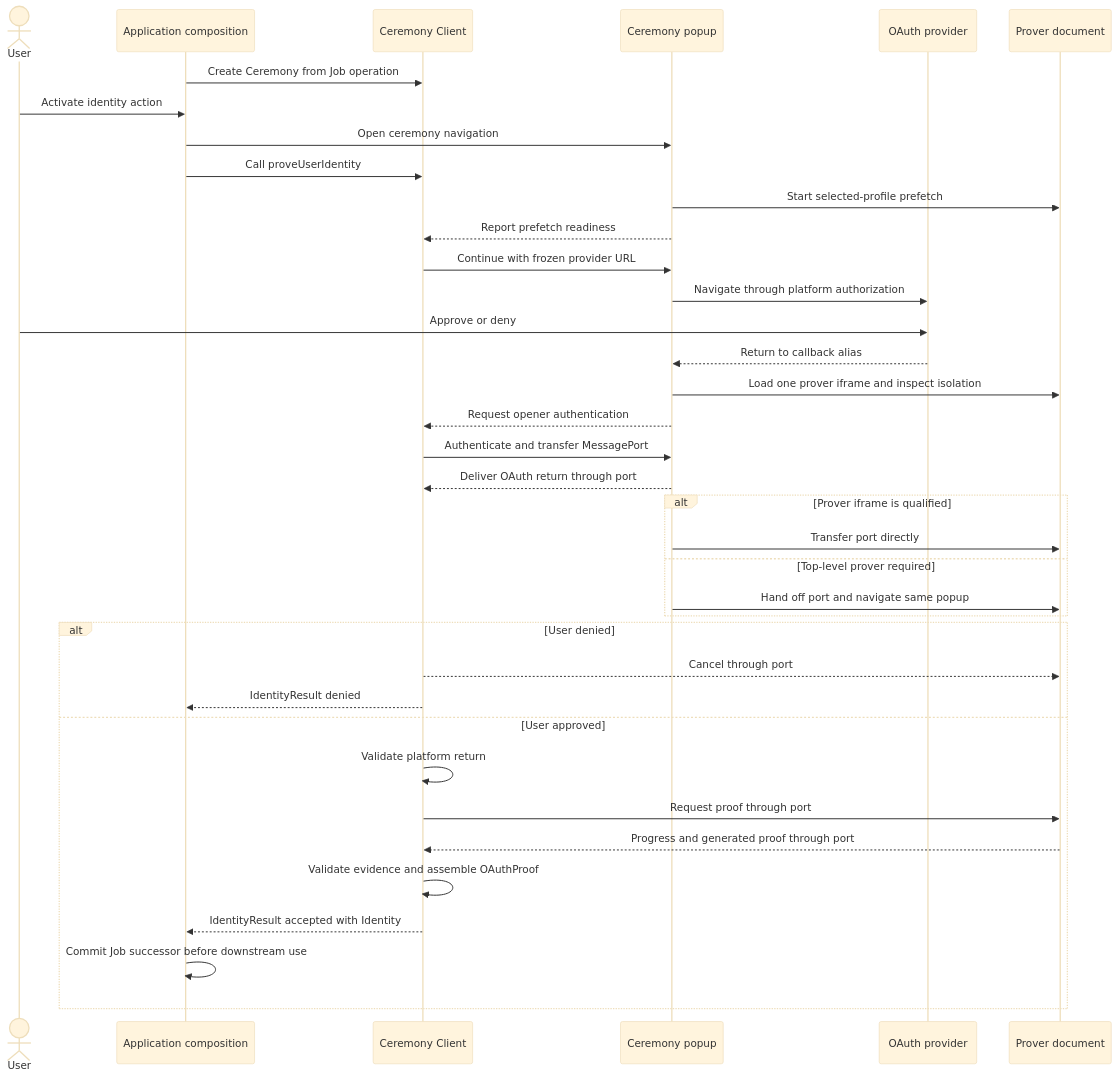
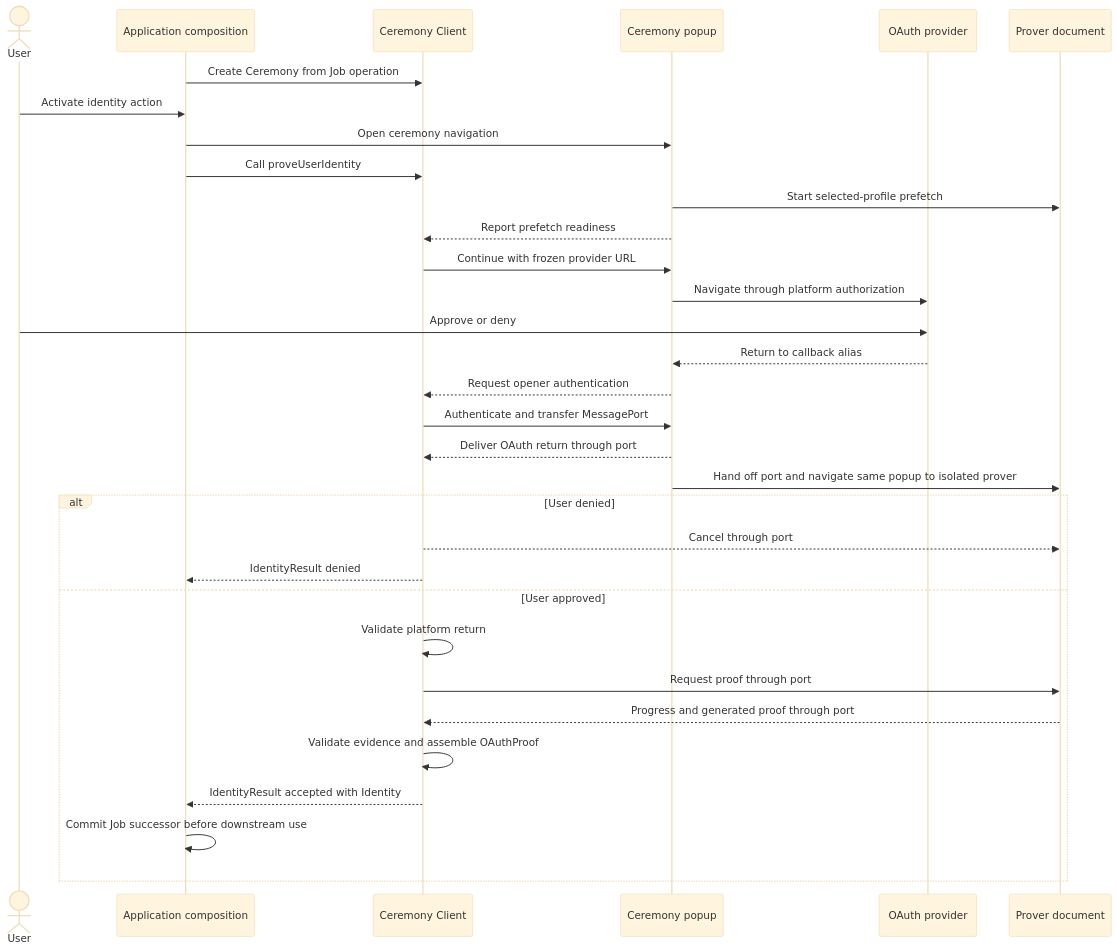
The diagram in ts/packages/ceremony/ARCHITECTURE.md (libid-org/libid), drawn with Mermaid (base theme) before and after one commit. The commit also changed other lines of this file and 5 other files, not shown here.

````diff
--- a/ts/packages/ceremony/ARCHITECTURE.md
+++ b/ts/packages/ceremony/ARCHITECTURE.md
@@ -38,40 +38,35 @@
 ```mermaid
 sequenceDiagram
     actor U as User
     participant A as Application composition
     participant C as Ceremony Client
     participant P as Ceremony popup
     participant O as OAuth provider
     participant R as Prover document
 
     A->>C: Create Ceremony from Job operation
     U->>A: Activate identity action
     A->>P: Open ceremony navigation
     A->>C: Call proveUserIdentity
     P->>R: Start selected-profile prefetch
     P-->>C: Report prefetch readiness
     C->>P: Continue with frozen provider URL
     P->>O: Navigate through platform authorization
     U->>O: Approve or deny
     O-->>P: Return to callback alias
-    P->>R: Load one prover iframe and inspect isolation
     P-->>C: Request opener authentication
     C->>P: Authenticate and transfer MessagePort
     P-->>C: Deliver OAuth return through port
-    alt Prover iframe is qualified
-        P->>R: Transfer port directly
-    else Top-level prover required
-        P->>R: Hand off port and navigate same popup
-    end
+    P->>R: Hand off port and navigate same popup to isolated prover
     alt User denied
         C-->>R: Cancel through port
         C-->>A: IdentityResult denied
     else User approved
         C->>C: Validate platform return
         C->>R: Request proof through port
         R-->>C: Progress and generated proof through port
         C->>C: Validate evidence and assemble OAuthProof
         C-->>A: IdentityResult accepted with Identity
         A->>A: Commit Job successor before downstream use
     end
 ```
````
